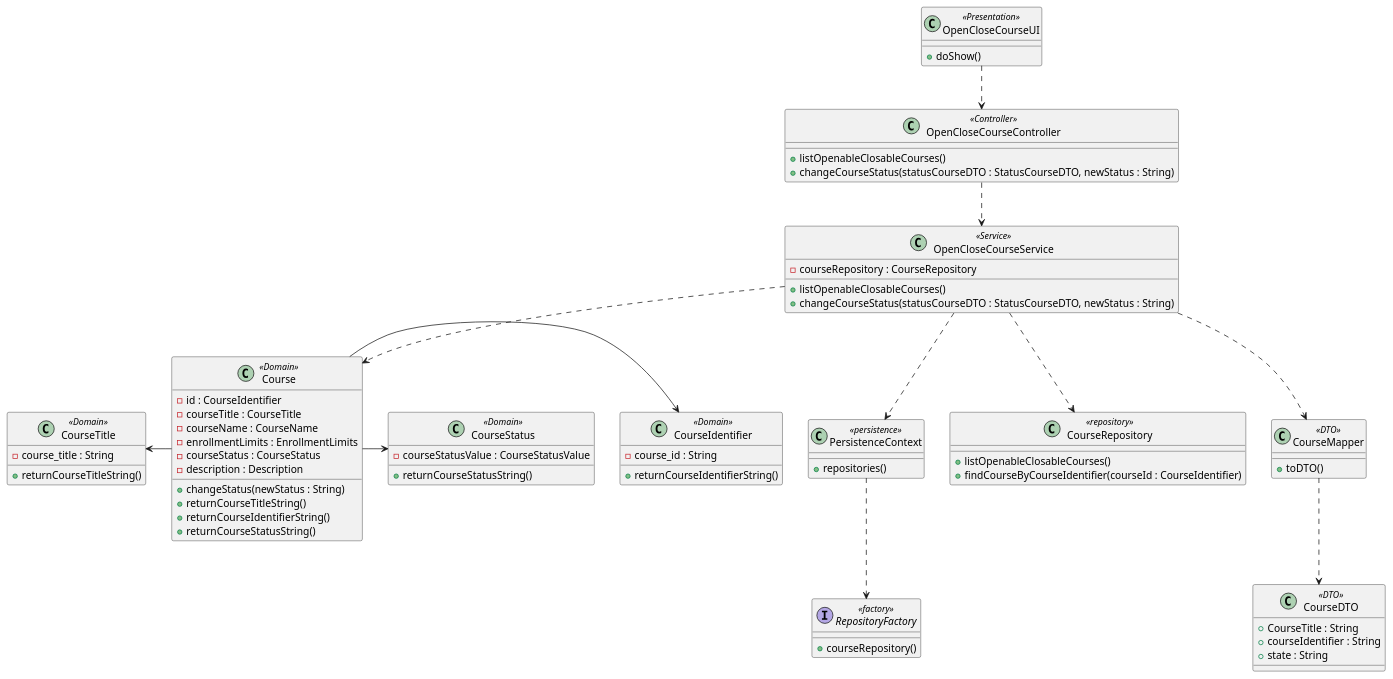
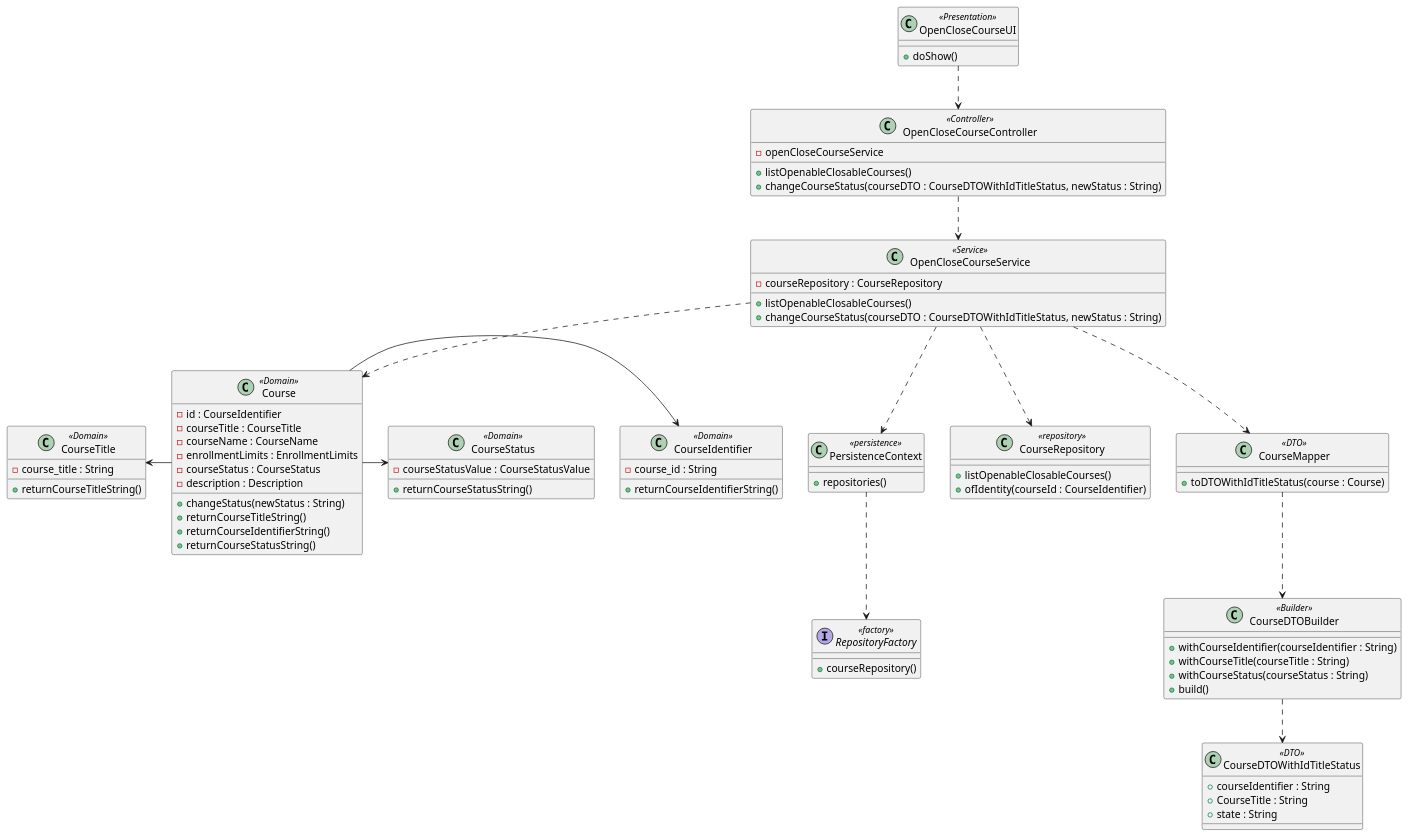
One commit to Marco-Nobrega-Andrade/sem4pi_22_23 changed the diagram in docs/Sprint_B/us_1004/us_1004_CD.puml. Above: the diagram before and after it, drawn with PlantUML. The commit also changed 1 other file, not shown here.

Commit message:
[US_1004][Design] Changed the Class diagram based on the code

```diff
--- a/docs/Sprint_B/us_1004/us_1004_CD.puml
+++ b/docs/Sprint_B/us_1004/us_1004_CD.puml
@@ -1,77 +1,86 @@
 @startuml
 'https://plantuml.com/class-diagram
 
 
 class OpenCloseCourseUI <<Presentation>>{
     + doShow()
 }
 class OpenCloseCourseController <<Controller>>{
+    - openCloseCourseService
     + listOpenableClosableCourses()
-    + changeCourseStatus(statusCourseDTO : StatusCourseDTO, newStatus : String)
+    + changeCourseStatus(courseDTO : CourseDTOWithIdTitleStatus, newStatus : String)
 }
 
 class OpenCloseCourseService  <<Service>> {
     - courseRepository : CourseRepository
     + listOpenableClosableCourses()
-    + changeCourseStatus(statusCourseDTO : StatusCourseDTO, newStatus : String)
+    + changeCourseStatus(courseDTO : CourseDTOWithIdTitleStatus, newStatus : String)
 }
 class PersistenceContext  <<persistence>> {
     + repositories()
 }
 Interface RepositoryFactory  <<factory>> {
     + courseRepository()
 }
 class CourseRepository  <<repository>> {
     + listOpenableClosableCourses()
-    + findCourseByCourseIdentifier(courseId : CourseIdentifier)
+    + ofIdentity(courseId : CourseIdentifier)
 }
 class Course <<Domain>> {
     - id : CourseIdentifier
     - courseTitle : CourseTitle
     - courseName : CourseName
     - enrollmentLimits : EnrollmentLimits
     - courseStatus : CourseStatus
     - description : Description
     + changeStatus(newStatus : String)
     + returnCourseTitleString()
     + returnCourseIdentifierString()
     + returnCourseStatusString()
 }
 class CourseTitle <<Domain>>{
     - course_title : String
     + returnCourseTitleString()
 }
 
 class CourseIdentifier <<Domain>>{
     - course_id : String
     + returnCourseIdentifierString()
 }
 
 class CourseStatus <<Domain>>{
     - courseStatusValue : CourseStatusValue
     + returnCourseStatusString()
 }
-class CourseDTO <<DTO>> {
+class CourseDTOWithIdTitleStatus <<DTO>> {
+    + courseIdentifier : String
     + CourseTitle : String
-    + courseIdentifier : String
     + state : String
 }
 class CourseMapper <<DTO>> {
-    + toDTO()
+    + toDTOWithIdTitleStatus(course : Course)
+}
+
+class CourseDTOBuilder <<Builder>> {
+    + withCourseIdentifier(courseIdentifier : String)
+    + withCourseTitle(courseTitle : String)
+    + withCourseStatus(courseStatus : String)
+    + build()
 }
 
 
 OpenCloseCourseUI ..> OpenCloseCourseController
 OpenCloseCourseController ..> OpenCloseCourseService
 OpenCloseCourseService ..> PersistenceContext
 PersistenceContext ..> RepositoryFactory
 OpenCloseCourseService ..> CourseRepository
 OpenCloseCourseService ..> CourseMapper
-CourseMapper ..> CourseDTO
+CourseMapper ..> CourseDTOBuilder
+CourseDTOBuilder ..> CourseDTOWithIdTitleStatus
 OpenCloseCourseService ..> Course
 Course -left> CourseTitle
 Course -down> CourseIdentifier
 Course -right> CourseStatus
 
 
 @enduml
```
